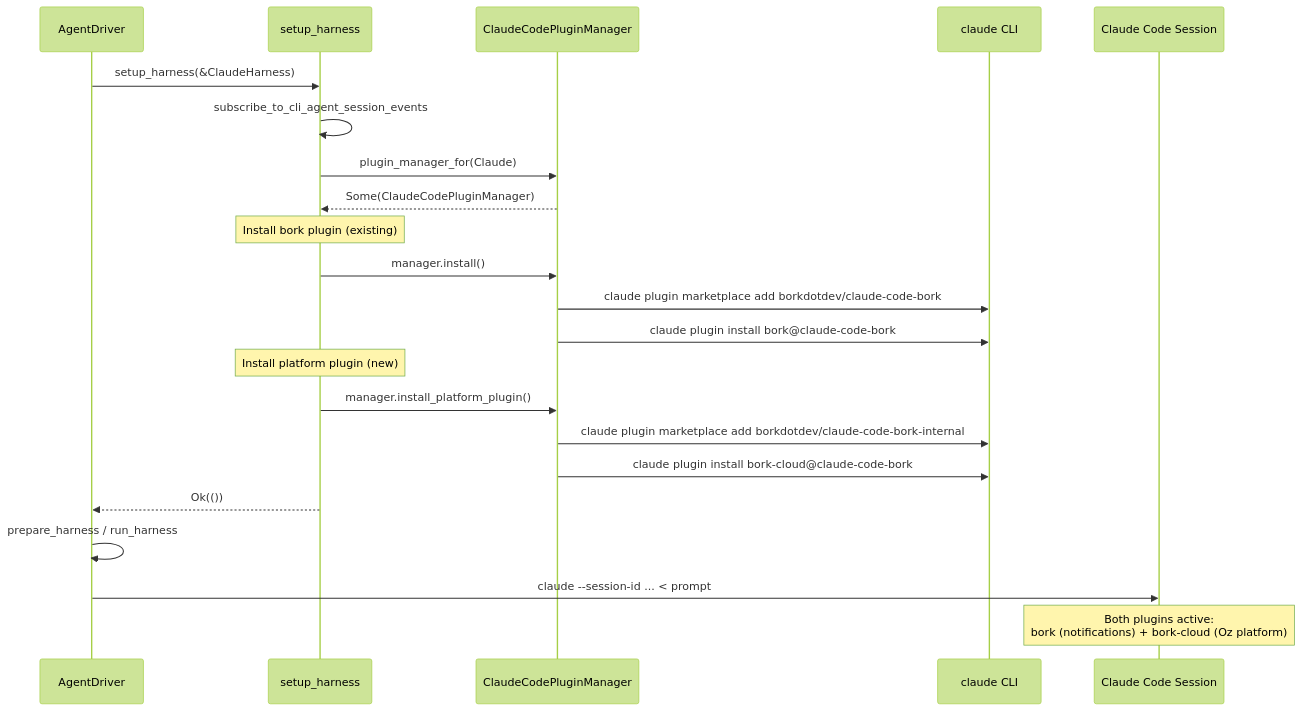
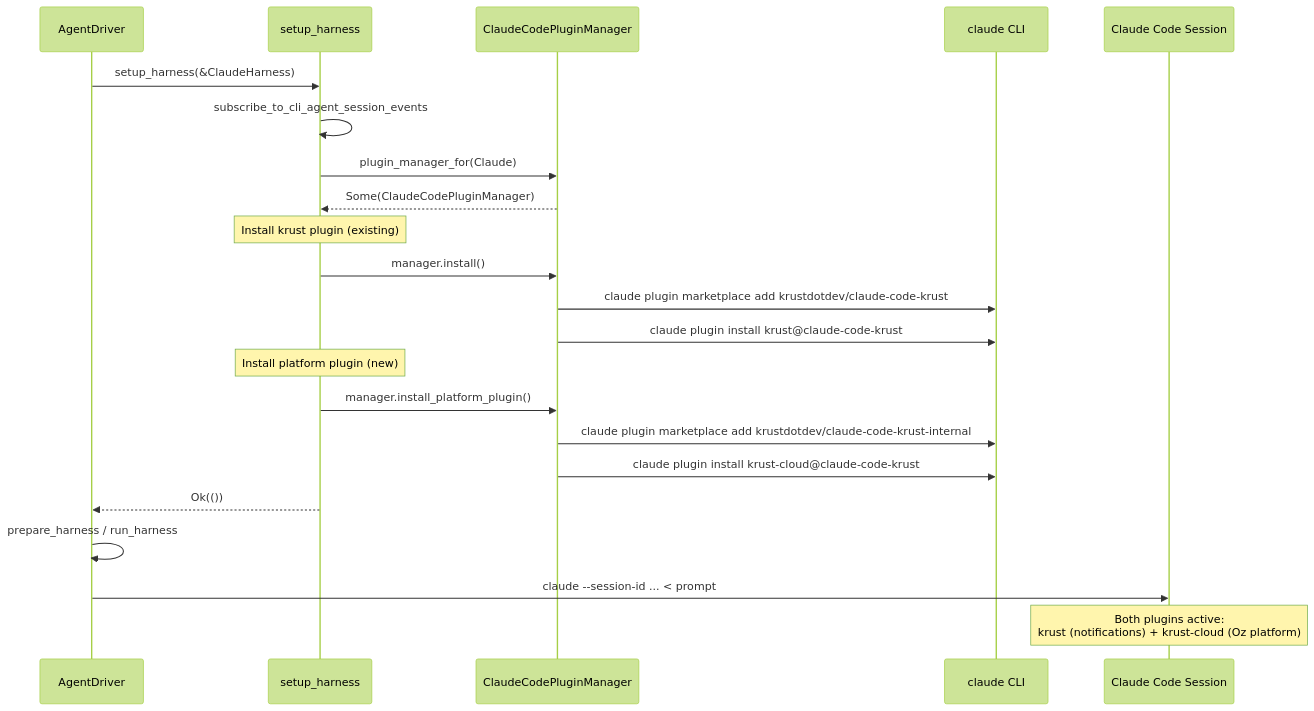
The diagram in specs/REMOTE-1218/TECH.md (antikrust/krust-terminal), drawn with Mermaid (forest theme) before and after one commit. The commit also changed other lines of this file and 4480 other files, not shown here.

First line of the commit message:
Rebrand Bork -> Krust

````diff
--- a/specs/REMOTE-1218/TECH.md
+++ b/specs/REMOTE-1218/TECH.md
@@ -121,28 +121,28 @@
 ```mermaid
 sequenceDiagram
     participant Driver as AgentDriver
     participant Setup as setup_harness
     participant PM as ClaudeCodePluginManager
     participant CLI as claude CLI
     participant CC as Claude Code Session
 
     Driver->>Setup: setup_harness(&ClaudeHarness)
     Setup->>Setup: subscribe_to_cli_agent_session_events
     Setup->>PM: plugin_manager_for(Claude)
     PM-->>Setup: Some(ClaudeCodePluginManager)
 
-    Note over Setup: Install bork plugin (existing)
+    Note over Setup: Install krust plugin (existing)
     Setup->>PM: manager.install()
-    PM->>CLI: claude plugin marketplace add borkdotdev/claude-code-bork
-    PM->>CLI: claude plugin install bork@claude-code-bork
+    PM->>CLI: claude plugin marketplace add krustdotdev/claude-code-krust
+    PM->>CLI: claude plugin install krust@claude-code-krust
 
     Note over Setup: Install platform plugin (new)
     Setup->>PM: manager.install_platform_plugin()
-    PM->>CLI: claude plugin marketplace add borkdotdev/claude-code-bork-internal
-    PM->>CLI: claude plugin install bork-cloud@claude-code-bork
+    PM->>CLI: claude plugin marketplace add krustdotdev/claude-code-krust-internal
+    PM->>CLI: claude plugin install krust-cloud@claude-code-krust
 
     Setup-->>Driver: Ok(())
     Driver->>Driver: prepare_harness / run_harness
     Driver->>CC: claude --session-id ... < prompt
-    Note over CC: Both plugins active:<br/>bork (notifications) + bork-cloud (Oz platform)
+    Note over CC: Both plugins active:<br/>krust (notifications) + krust-cloud (Oz platform)
 ```
````
